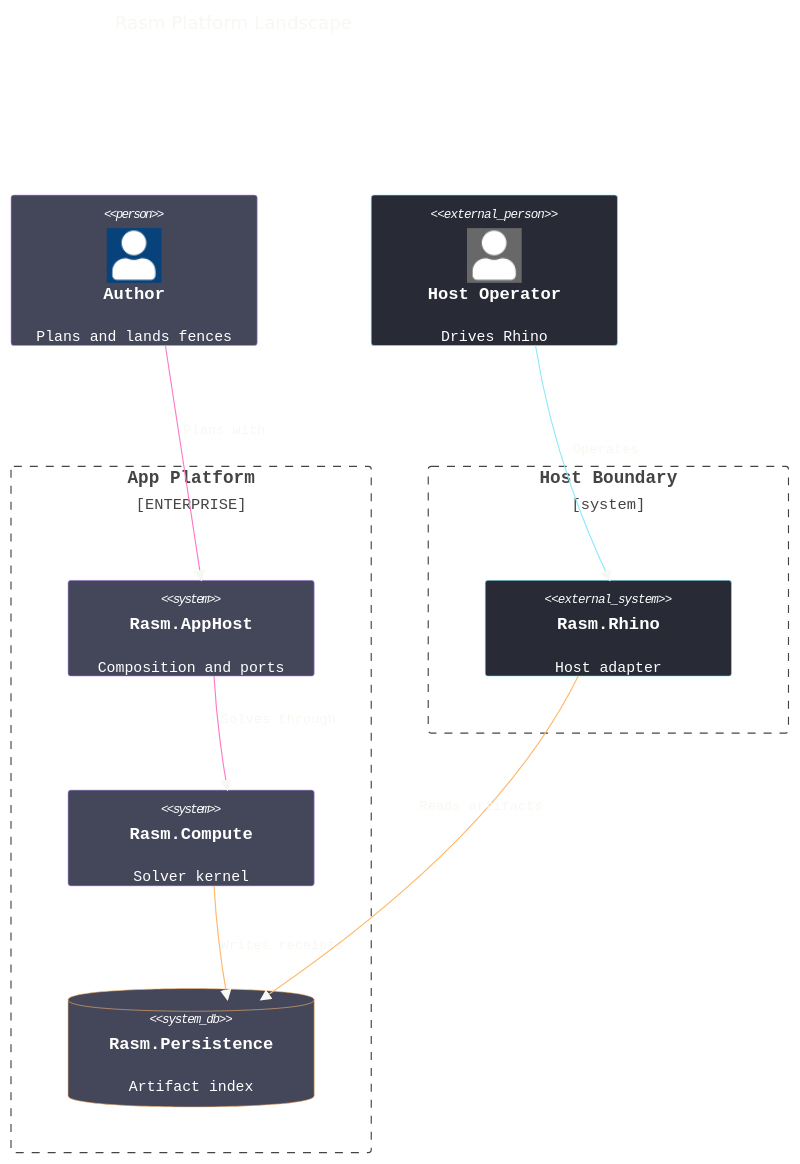
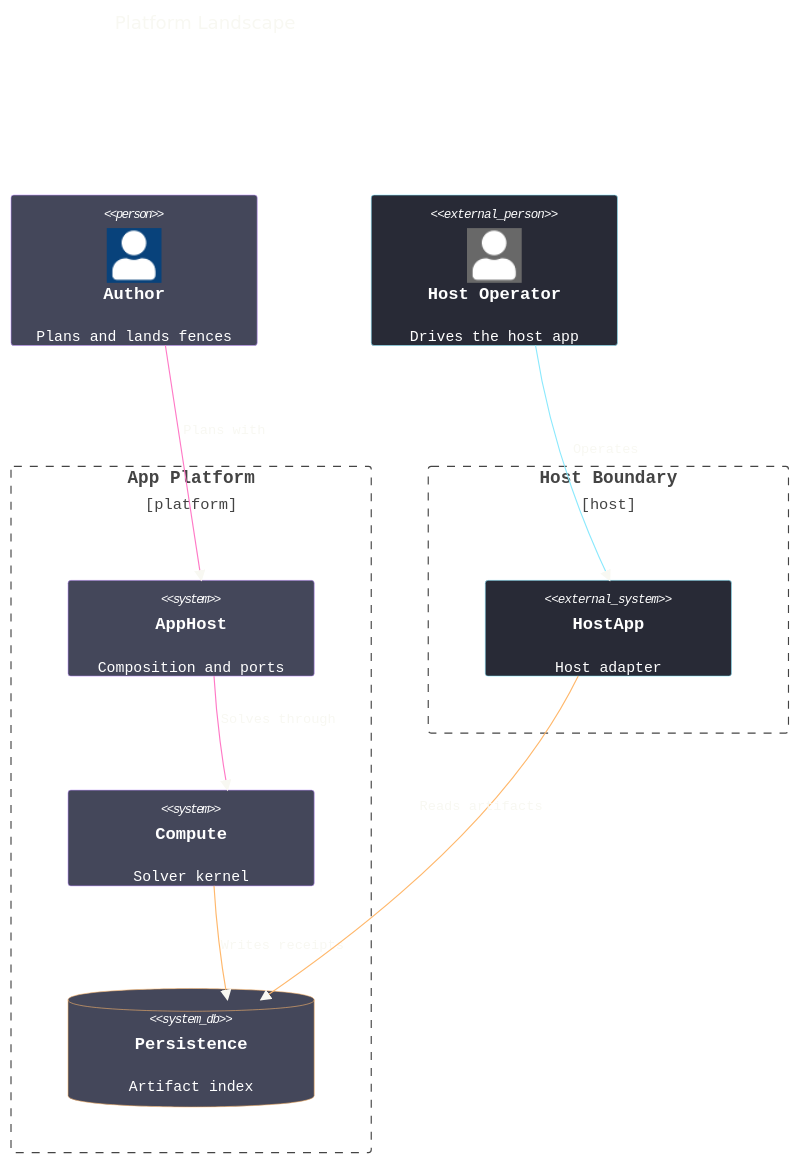
The diagram in .claude/skills/mermaid-diagramming/templates/landscape.mmd.md (bsamiee/Parametric_Forge), drawn with Mermaid before and after one commit. The commit also changed other lines of this file and 263 other files, not shown here.

````diff
--- a/.claude/skills/mermaid-diagramming/templates/landscape.mmd.md
+++ b/.claude/skills/mermaid-diagramming/templates/landscape.mmd.md
@@ -5,68 +5,68 @@
 ```mermaid
 ---
 config:
   theme: base
   look: classic
   c4:
     c4ShapeInRow: 3
     c4ShapeMargin: 50
     c4BoundaryInRow: 2
     personFontFamily: "SF Mono, Menlo, Cascadia Mono, Segoe UI Mono, Consolas, monospace"
     personFontSize: 13
     external_personFontFamily: "SF Mono, Menlo, Cascadia Mono, Segoe UI Mono, Consolas, monospace"
     external_personFontSize: 13
     systemFontFamily: "SF Mono, Menlo, Cascadia Mono, Segoe UI Mono, Consolas, monospace"
     systemFontSize: 13
     system_dbFontFamily: "SF Mono, Menlo, Cascadia Mono, Segoe UI Mono, Consolas, monospace"
     system_dbFontSize: 13
     external_systemFontFamily: "SF Mono, Menlo, Cascadia Mono, Segoe UI Mono, Consolas, monospace"
     external_systemFontSize: 13
     boundaryFontFamily: "SF Mono, Menlo, Cascadia Mono, Segoe UI Mono, Consolas, monospace"
     boundaryFontSize: 13.5
     messageFontFamily: "SF Mono, Menlo, Cascadia Mono, Segoe UI Mono, Consolas, monospace"
     messageFontSize: 12
     person_bg_color: "#44475A"
     person_border_color: "#BD93F9"
     external_person_bg_color: "#282A36"
     external_person_border_color: "#8BE9FD"
     system_bg_color: "#44475A"
     system_border_color: "#BD93F9"
     system_db_bg_color: "#44475A"
     system_db_border_color: "#FFB86C"
     external_system_bg_color: "#282A36"
     external_system_border_color: "#8BE9FD"
   themeVariables:
     darkMode: true
     fontFamily: "SF Mono, Menlo, Cascadia Mono, Segoe UI Mono, Consolas, monospace"
     useGradient: false
     dropShadow: "none"
     textColor: "#F8F8F2"
     personBorder: "#BD93F9"
     personBkg: "#44475A"
   themeCSS: "rect[stroke='#444444']{stroke:#D6BCFA;stroke-dasharray:5 4}text[fill='#444444']{fill:#D6BCFA}[id$='-arrowhead'] path{fill:#FF79C6;transform:scale(.8);transform-origin:9px 5px}[id$='-arrowend'] path{fill:#FF79C6;transform:scale(.8);transform-origin:1px 5px}image{display:none}"
 ---
 C4Context
-  accTitle: Rasm platform landscape
-  accDescr: An author driving the app platform that solves through the compute kernel into an artifact store, serving a Rhino host operator through the host boundary.
-  title Rasm Platform Landscape
+  accTitle: Platform landscape
+  accDescr: An author driving the app platform that solves through the compute kernel into an artifact store, serving a host operator through the host boundary.
+  title Platform Landscape
   Person(author, "Author", "Plans and lands fences")
-  Person_Ext(operator, "Host Operator", "Drives Rhino")
-  Enterprise_Boundary(platform, "App Platform") {
-    System(apphost, "Rasm.AppHost", "Composition and ports")
-    System(compute, "Rasm.Compute", "Solver kernel")
-    SystemDb(store, "Rasm.Persistence", "Artifact index")
+  Person_Ext(operator, "Host Operator", "Drives the host app")
+  Boundary(platform, "App Platform", "platform") {
+    System(apphost, "AppHost", "Composition and ports")
+    System(compute, "Compute", "Solver kernel")
+    SystemDb(store, "Persistence", "Artifact index")
   }
-  Boundary(hostzone, "Host Boundary") {
-    System_Ext(rhino, "Rasm.Rhino", "Host adapter")
+  Boundary(hostzone, "Host Boundary", "host") {
+    System_Ext(hostapp, "HostApp", "Host adapter")
   }
   Rel(author, apphost, "Plans with")
   Rel(apphost, compute, "Solves through")
   Rel(compute, store, "Writes receipts")
-  Rel(rhino, store, "Reads artifacts")
-  Rel(operator, rhino, "Operates")
+  Rel(hostapp, store, "Reads artifacts")
+  Rel(operator, hostapp, "Operates")
   UpdateRelStyle(author, apphost, $textColor="#F8F8F2", $lineColor="#FF79C6", $offsetY="-30")
   UpdateRelStyle(apphost, compute, $textColor="#F8F8F2", $lineColor="#FF79C6", $offsetY="-14")
   UpdateRelStyle(compute, store, $textColor="#F8F8F2", $lineColor="#FFB86C")
-  UpdateRelStyle(rhino, store, $textColor="#F8F8F2", $lineColor="#FFB86C", $offsetY="-30")
-  UpdateRelStyle(operator, rhino, $textColor="#F8F8F2", $lineColor="#8BE9FD", $offsetY="-14")
+  UpdateRelStyle(hostapp, store, $textColor="#F8F8F2", $lineColor="#FFB86C", $offsetY="-30")
+  UpdateRelStyle(operator, hostapp, $textColor="#F8F8F2", $lineColor="#8BE9FD", $offsetY="-14")
 ```
````
